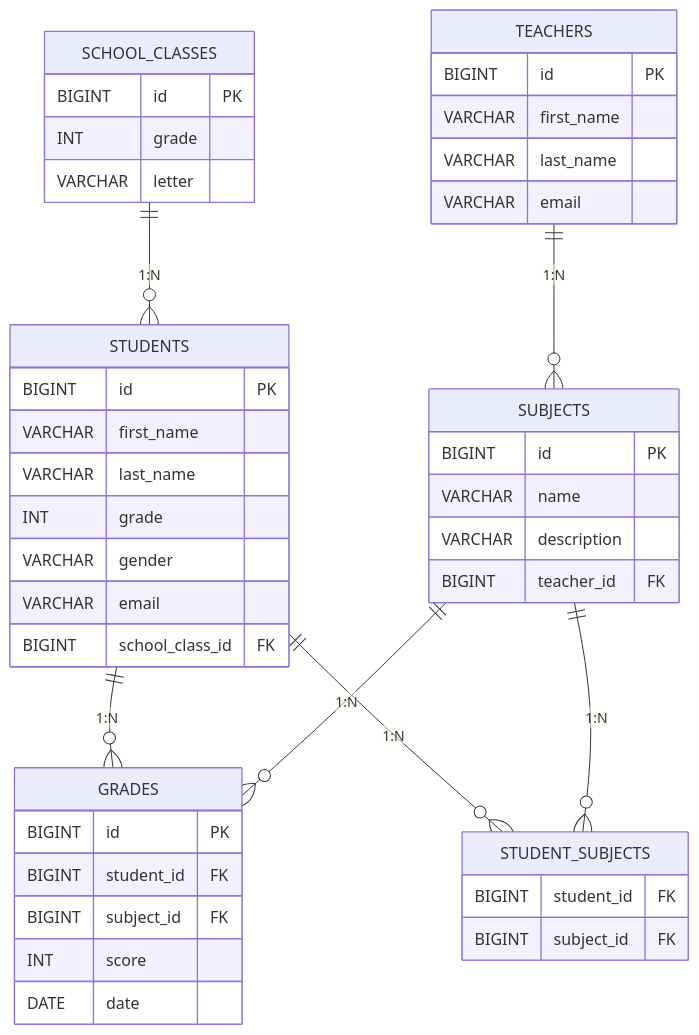
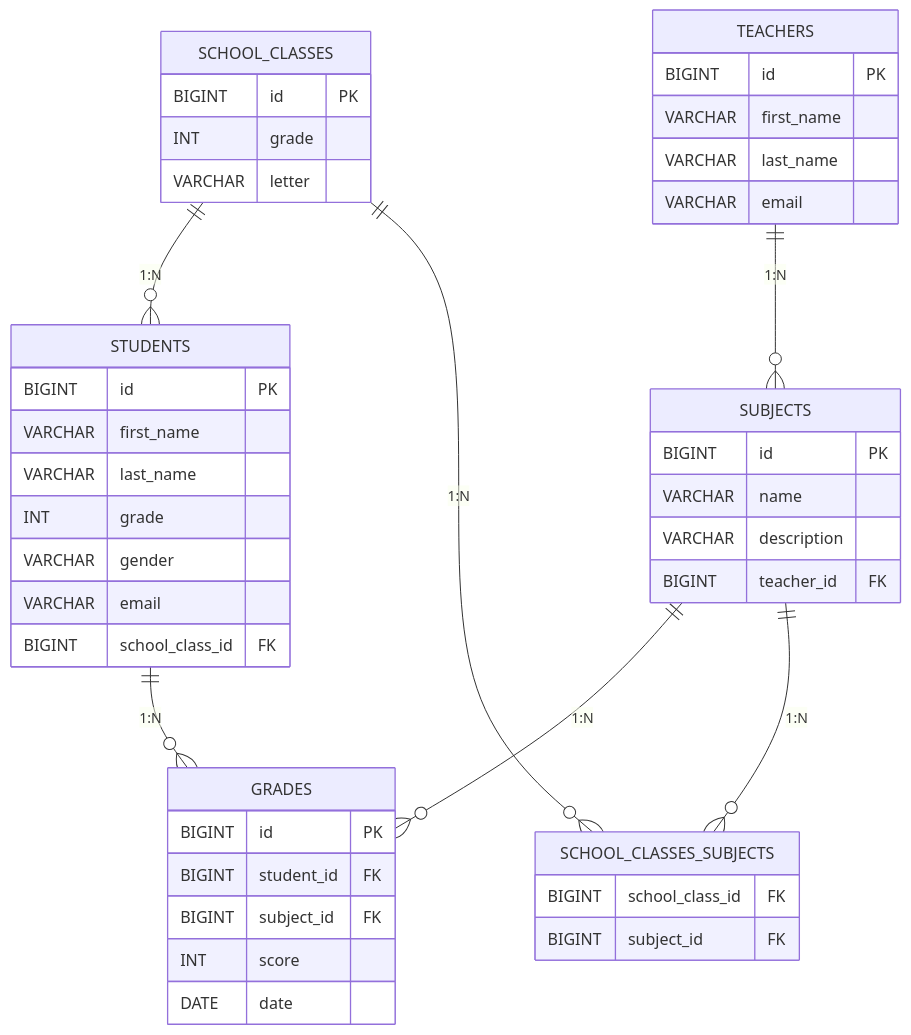
One commit to tecris-unk/school-project changed the diagram in README.md. Above: the diagram before and after it, drawn with Mermaid.

````diff
--- a/README.md
+++ b/README.md
@@ -28,52 +28,52 @@
 ```mermaid
 erDiagram
     SCHOOL_CLASSES ||--o{ STUDENTS : "1:N"
     TEACHERS ||--o{ SUBJECTS : "1:N"
     STUDENTS ||--o{ GRADES : "1:N"
     SUBJECTS ||--o{ GRADES : "1:N"
-    STUDENTS ||--o{ STUDENT_SUBJECTS : "1:N"
-    SUBJECTS ||--o{ STUDENT_SUBJECTS : "1:N"
+    SCHOOL_CLASSES ||--o{ SCHOOL_CLASSES_SUBJECTS : "1:N"
+    SUBJECTS ||--o{ SCHOOL_CLASSES_SUBJECTS : "1:N"
 
     SCHOOL_CLASSES {
         BIGINT id PK
         INT grade
         VARCHAR letter
     }
 
     STUDENTS {
         BIGINT id PK
         VARCHAR first_name
         VARCHAR last_name
         INT grade
         VARCHAR gender
         VARCHAR email
         BIGINT school_class_id FK
     }
 
     TEACHERS {
         BIGINT id PK
         VARCHAR first_name
         VARCHAR last_name
         VARCHAR email
     }
 
     SUBJECTS {
         BIGINT id PK
         VARCHAR name
         VARCHAR description
         BIGINT teacher_id FK
     }
 
     GRADES {
         BIGINT id PK
         BIGINT student_id FK
         BIGINT subject_id FK
         INT score
         DATE date
     }
 
-    STUDENT_SUBJECTS {
-        BIGINT student_id FK
+    SCHOOL_CLASSES_SUBJECTS {
+        BIGINT school_class_id FK
         BIGINT subject_id FK
     }
 ```
````
